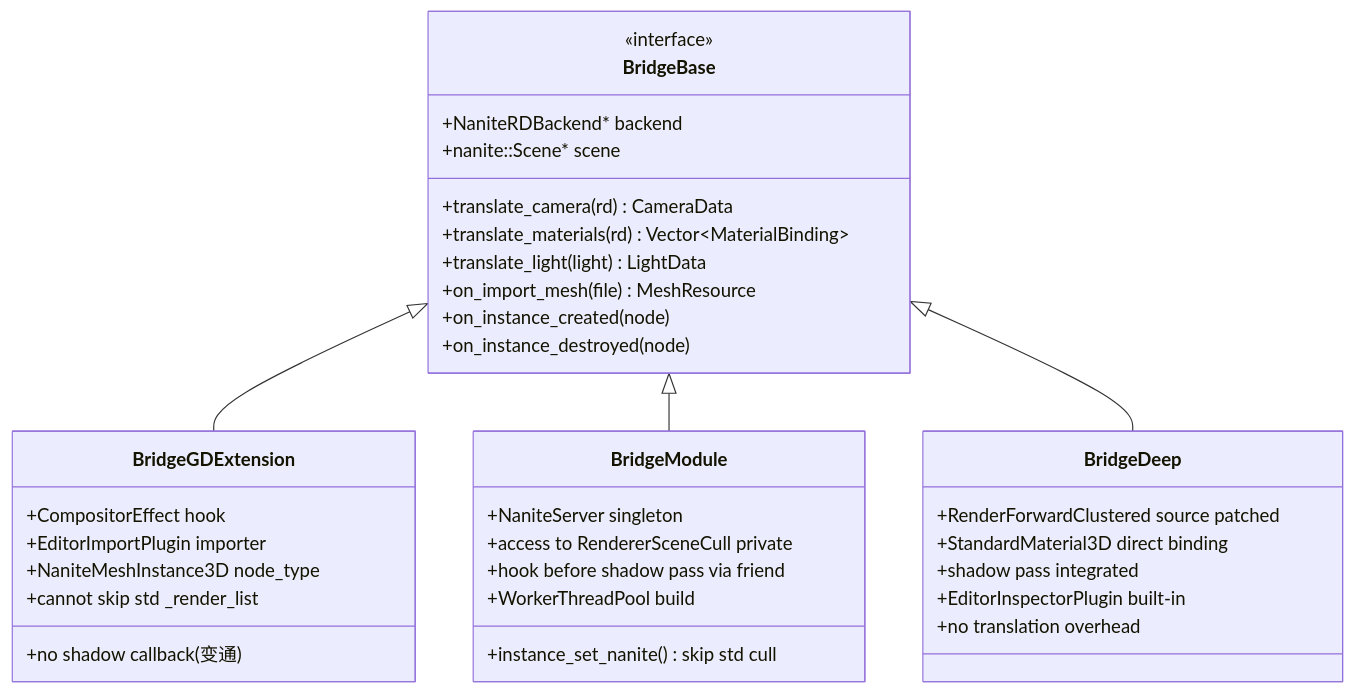
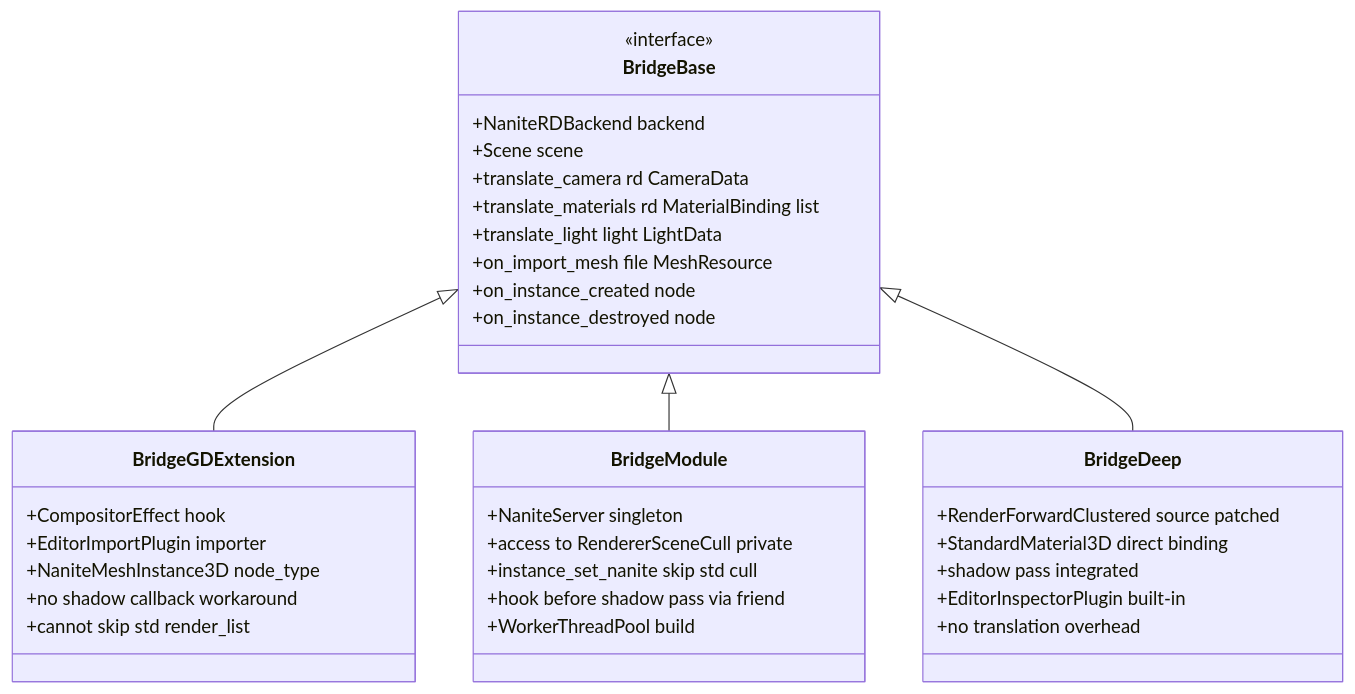
One commit to alonecat06/godot changed diagram 22 of 25 in sourcecode_analysis/nanite-godot-design.md. Above: the diagram before and after it, drawn with Mermaid. The commit also changed other lines of this file, not shown here.

First line of the commit message:
fix: resolve 8 Mermaid diagram parse errors

````diff
--- a/sourcecode_analysis/nanite-godot-design.md
+++ b/sourcecode_analysis/nanite-godot-design.md
@@ -3009,39 +3009,39 @@
 ```mermaid
 classDiagram
     class BridgeBase {
         <<interface>>
-        +NaniteRDBackend* backend
-        +nanite::Scene* scene
-        +translate_camera(rd)  CameraData
-        +translate_materials(rd)  Vector~MaterialBinding~
-        +translate_light(light)  LightData
-        +on_import_mesh(file)  MeshResource
-        +on_instance_created(node)
-        +on_instance_destroyed(node)
+        +NaniteRDBackend backend
+        +Scene scene
+        +translate_camera rd CameraData
+        +translate_materials rd MaterialBinding list
+        +translate_light light LightData
+        +on_import_mesh file MeshResource
+        +on_instance_created node
+        +on_instance_destroyed node
     }
     class BridgeGDExtension {
         +CompositorEffect hook
         +EditorImportPlugin importer
         +NaniteMeshInstance3D node_type
-        +no shadow callback (变通)
-        +cannot skip std _render_list
+        +no shadow callback workaround
+        +cannot skip std render_list
     }
     class BridgeModule {
         +NaniteServer singleton
         +access to RendererSceneCull private
-        +instance_set_nanite() skip std cull
+        +instance_set_nanite skip std cull
         +hook before shadow pass via friend
         +WorkerThreadPool build
     }
     class BridgeDeep {
         +RenderForwardClustered source patched
         +StandardMaterial3D direct binding
         +shadow pass integrated
         +EditorInspectorPlugin built-in
         +no translation overhead
     }
 
     BridgeBase <|-- BridgeGDExtension
     BridgeBase <|-- BridgeModule
     BridgeBase <|-- BridgeDeep
 ```
````
